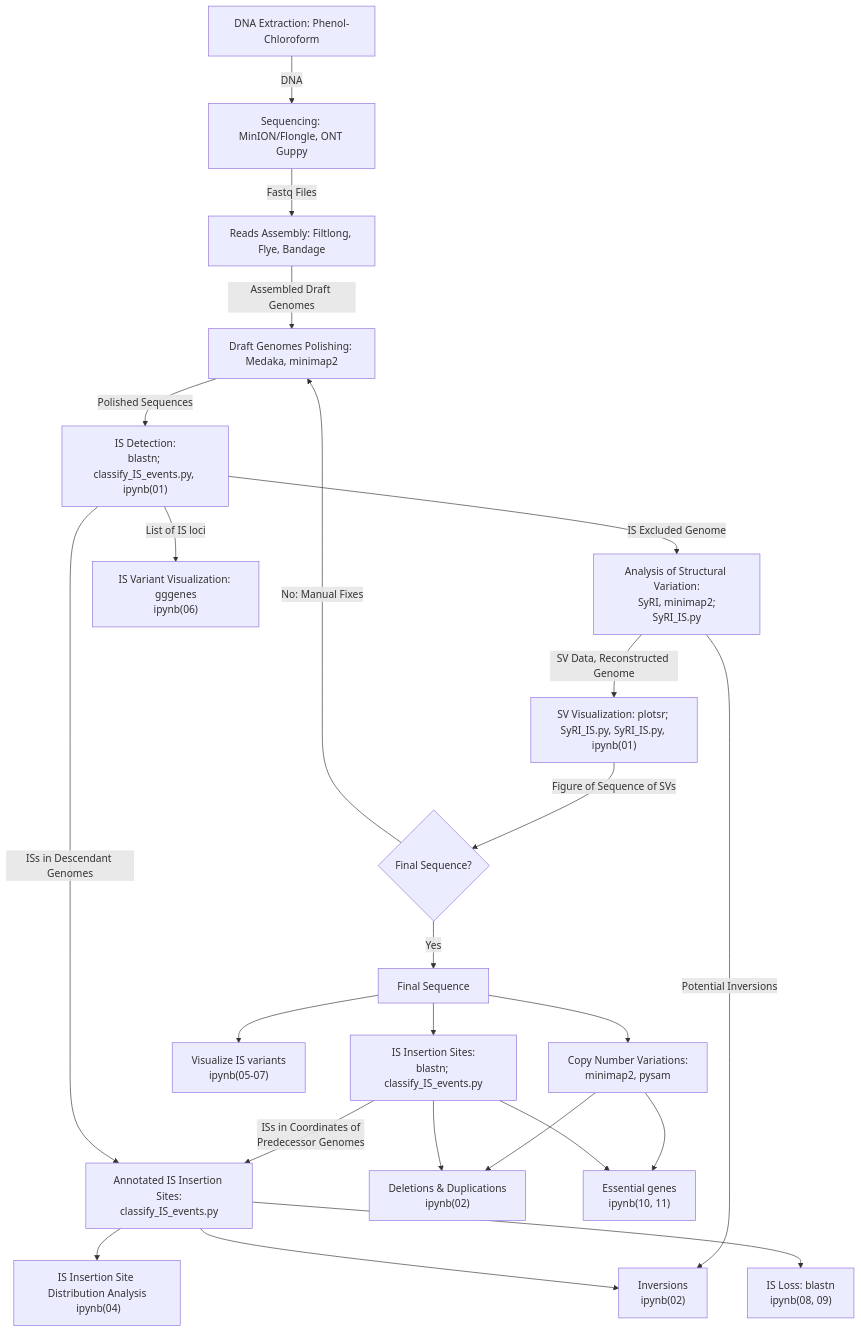
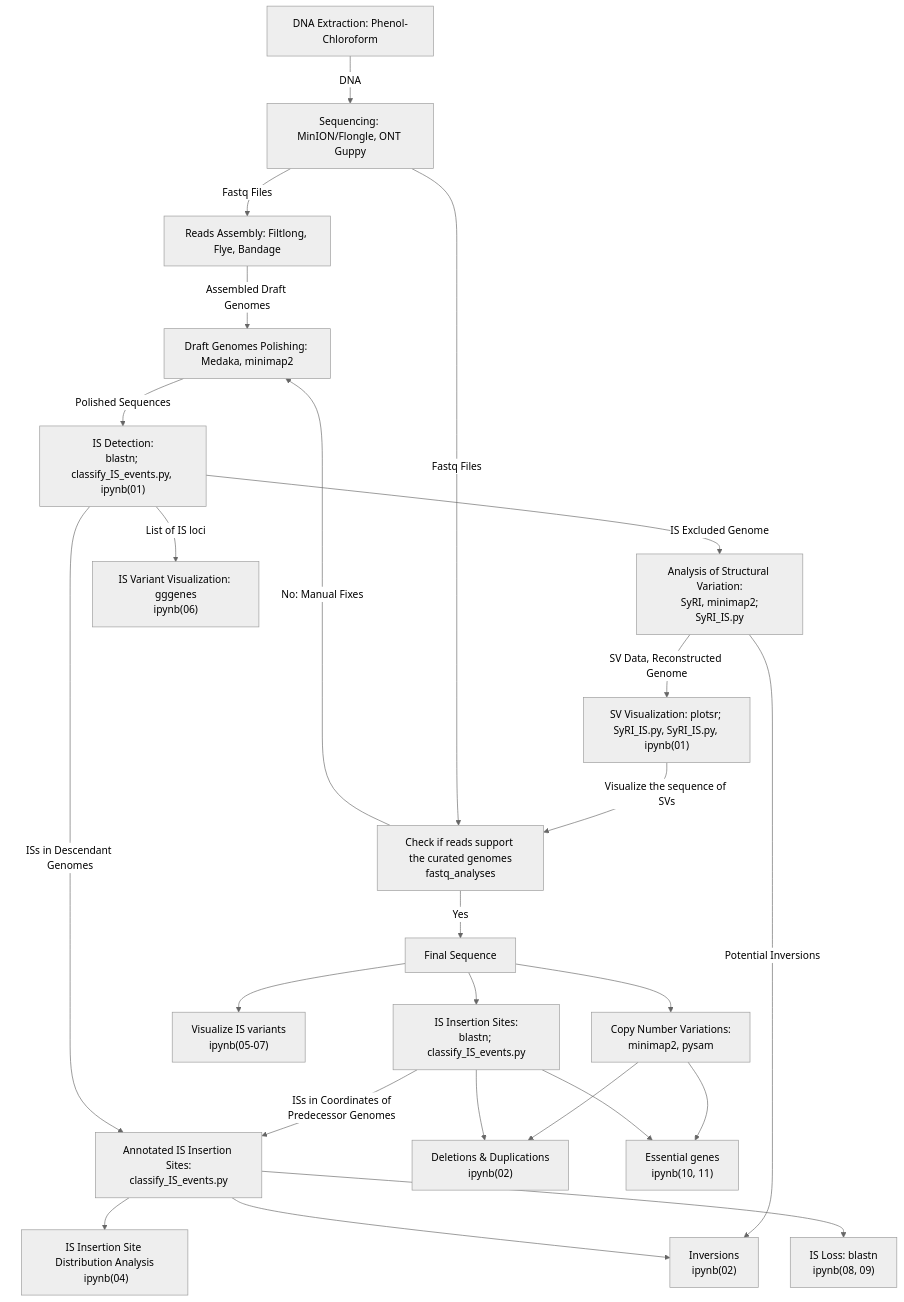
One commit to Yuki-Kanai/2024_IS_Expansion_MA changed the second of 2 diagrams in README.md. Above: the diagram before and after it, drawn with Mermaid. The commit also changed other lines of this file and 786 other files, not shown here.

`````diff
--- a/README.md
+++ b/README.md
@@ -70,29 +71,31 @@
 ````mermaid
+%%{init: {"theme": "neutral"}}%%
 graph TD;
     C["DNA Extraction: Phenol-Chloroform"]
     C -->|"DNA"| D["Sequencing: MinION/Flongle, ONT Guppy"]
-    D -->|"Fastq Files"| E["Reads Assembly: Filtlong, Flye, Bandage"]
+    D -->|"Fastq Files"| E["Reads Assembly: Filtlong, Flye, Bandage"] 
     E -->|"Assembled Draft Genomes"| F["Draft Genomes Polishing: Medaka, minimap2"]
     F -->|"Polished Sequences"|R
     R --> |"IS Excluded Genome"| G["Analysis of Structural Variation:\n SyRI, minimap2; SyRI_IS.py"]
     H["IS Insertion Sites:\nblastn; classify_IS_events.py"]
     V --> L["IS Insertion Site Distribution Analysis\n ipynb(04)"]
     R["IS Detection:\nblastn; classify_IS_events.py, ipynb(01)"]
     R -->|"List of IS loci"| I["IS Variant Visualization: gggenes\nipynb(06)"]
     G -->|"SV Data, Reconstructed Genome"| K["SV Visualization: plotsr; SyRI_IS.py, SyRI_IS.py, ipynb(01)"]
-    K --> |"Figure of Sequence of SVs"| Q{"Final Sequence?"}
-    Q --> |"Yes"| H2["Final Sequence"]
-    Q --> |"No: Manual Fixes"| F
+    K --> |"Visualize the sequence of SVs"| Q1
+    D --> |"Fastq Files"| Q1["Check if reads support the curated genomes\nfastq_analyses"]
+    Q1 --> |"Yes"| H2["Final Sequence"]
+    Q1 --> |"No: Manual Fixes"| F
     H2 --> H
     H2 --> Z["Visualize IS variants \n ipynb(05-07)"]
     H2 -->M["Copy Number Variations:\nminimap2, pysam"]
     H --> |"ISs in Coordinates of\nPredecessor Genomes"|V["Annotated IS Insertion Sites:\nclassify_IS_events.py"]
     R --> |"ISs in Descendant Genomes"| V
     M --> N["Deletions & Duplications \n ipynb(02)"]
     H --> N
     M --> W["Essential genes \n ipynb(10, 11)"]
     H --> W
     V --> P["IS Loss: blastn\n ipynb(08, 09)"]
     G -->|"Potential Inversions"| U["Inversions \n ipynb(02)"]
     V --> U
 ````
`````
